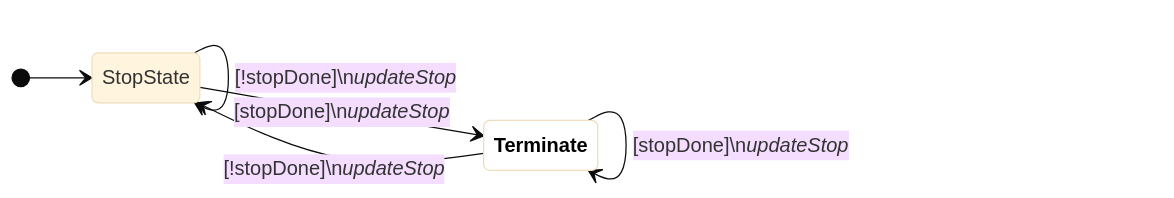
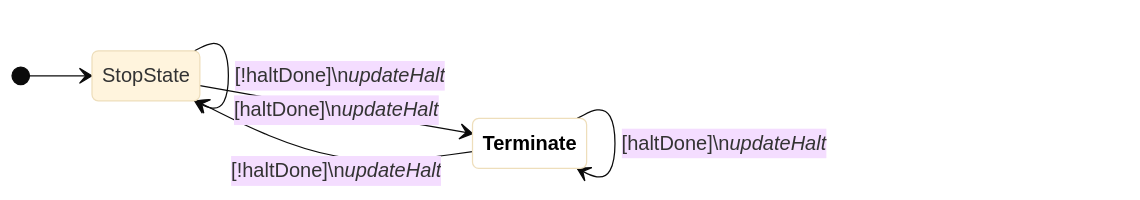
One commit to UBC-Thunderbots/Software changed diagram 21 of 21 in docs/fsm-diagrams.md. Above: the diagram before and after it, drawn with Mermaid (base theme). The commit also changed other lines of this file and 20 other files, not shown here.

Commit message:
renamed stop_fsm.h, stop_fsm.cpp, stop_fsm_test.cpp and the stop directory to use halt instead of stop

````diff
--- a/docs/fsm-diagrams.md
+++ b/docs/fsm-diagrams.md
@@ -352,12 +352,12 @@
 ```mermaid
 
 stateDiagram-v2
 classDef terminate fill:white,color:black,font-weight:bold
 direction LR
 [*] --> StopState
-StopState --> StopState : [!stopDone]\n<i>updateStop</i>
-StopState --> Terminate:::terminate : [stopDone]\n<i>updateStop</i>
-Terminate:::terminate --> StopState : [!stopDone]\n<i>updateStop</i>
-Terminate:::terminate --> Terminate:::terminate : [stopDone]\n<i>updateStop</i>
+StopState --> StopState : [!haltDone]\n<i>updateHalt</i>
+StopState --> Terminate:::terminate : [haltDone]\n<i>updateHalt</i>
+Terminate:::terminate --> StopState : [!haltDone]\n<i>updateHalt</i>
+Terminate:::terminate --> Terminate:::terminate : [haltDone]\n<i>updateHalt</i>
 
 ```
````
